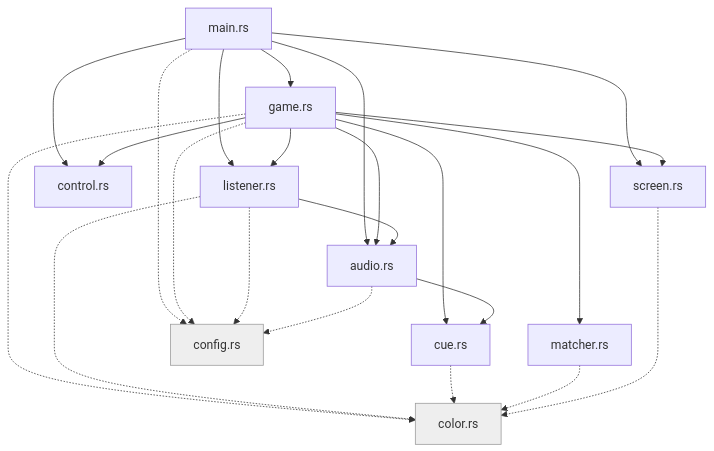
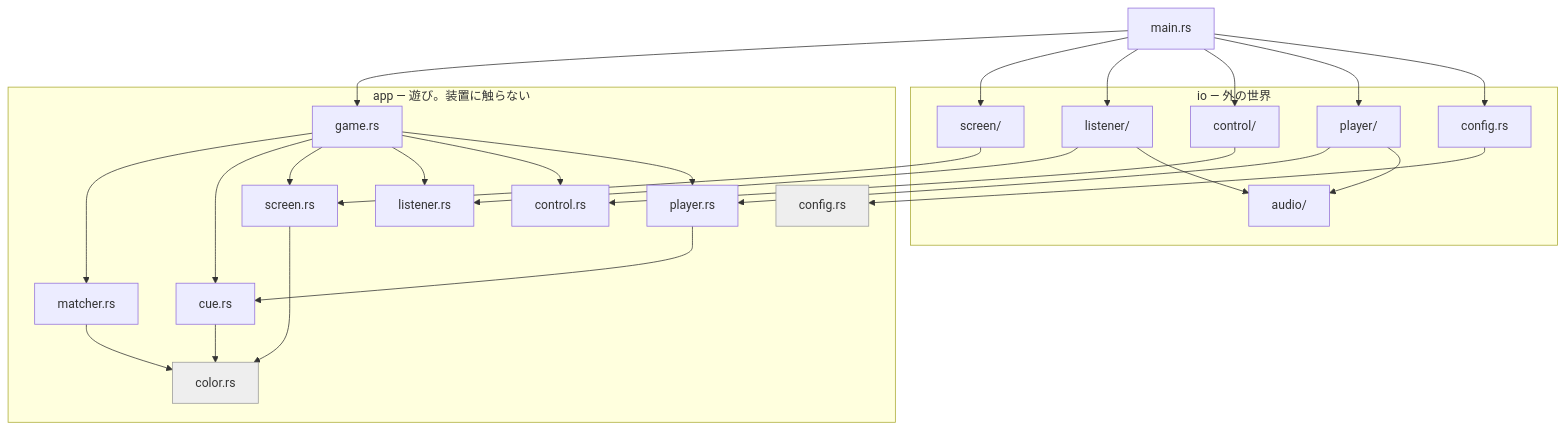
One commit to mpyw/donna-iro changed the diagram in README.md. Above: the diagram before and after it, drawn with Mermaid. The commit also changed other lines of this file and 30 other files, not shown here.

````diff
--- a/README.md
+++ b/README.md
@@ -212,42 +196,55 @@
 ```mermaid
 flowchart TD
     main["main.rs"]
-    game["game.rs"]
-    listener["listener.rs"]
-    audio["audio.rs"]
-    matcher["matcher.rs"]
-    control["control.rs"]
-    screen["screen.rs"]
-    cue["cue.rs"]
-    color["color.rs"]
-    config["config.rs"]
+
+    subgraph app["app — 遊び。装置に触らない"]
+        game["game.rs"]
+        matcher["matcher.rs"]
+        cue["cue.rs"]
+        color["color.rs"]
+        config["config.rs"]
+        screen["screen.rs"]
+        listener["listener.rs"]
+        control["control.rs"]
+        player["player.rs"]
+    end
+
+    subgraph io["io — 外の世界"]
+        ioscreen["screen/"]
+        iolistener["listener/"]
+        iocontrol["control/"]
+        ioplayer["player/"]
+        audio["audio/"]
+        ioconfig["config.rs"]
+    end
 
     main --> game
-    main --> listener
-    main --> audio
-    main --> control
-    main --> screen
+    main --> ioscreen
+    main --> iolistener
+    main --> iocontrol
+    main --> ioplayer
+    main --> ioconfig
 
+    game --> matcher
+    game --> cue
+    game --> screen
     game --> listener
-    game --> audio
-    game --> matcher
     game --> control
-    game --> screen
-    game --> cue
+    game --> player
 
-    listener --> audio
-    audio --> cue
+    matcher --> color
+    cue --> color
+    screen --> color
+    player --> cue
 
-    main -.-> config
-    game -.-> config
-    game -.-> color
-    listener -.-> config
-    listener -.-> color
-    audio -.-> config
-    cue -.-> color
-    matcher -.-> color
-    screen -.-> color
+    ioscreen --> screen
+    iolistener --> listener
+    iocontrol --> control
+    ioplayer --> player
+    ioconfig --> config
+    iolistener --> audio
+    ioplayer --> audio
 
     classDef base fill:#eee,stroke:#999,color:#333;
     class color,config base;
 ```
````
